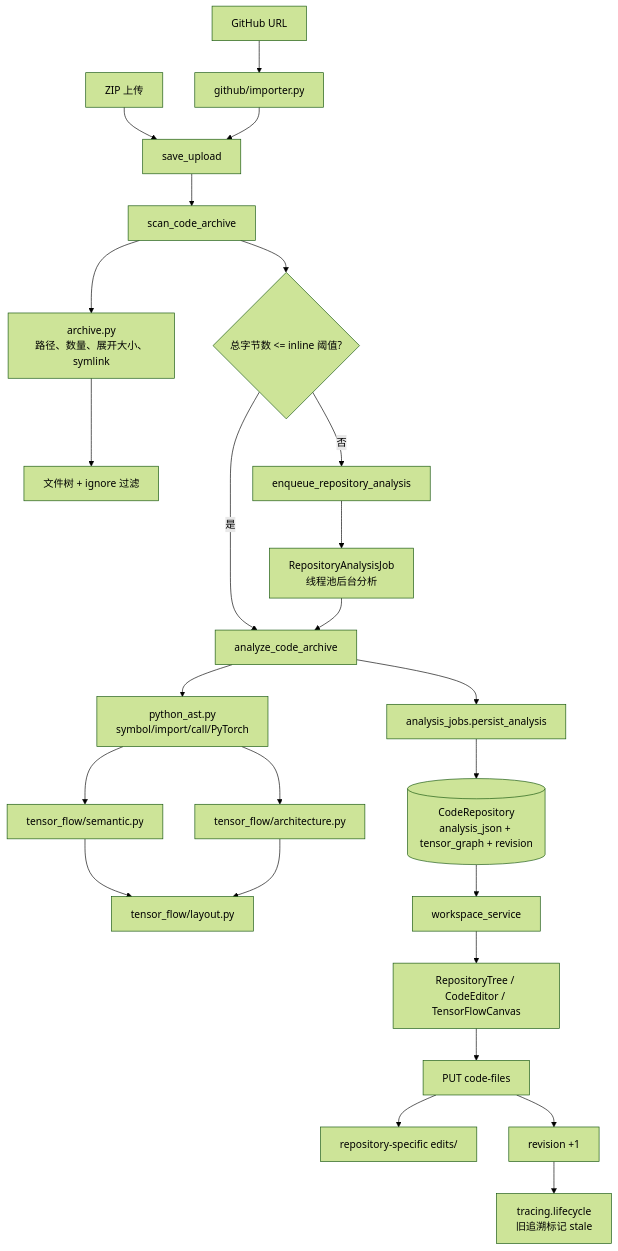
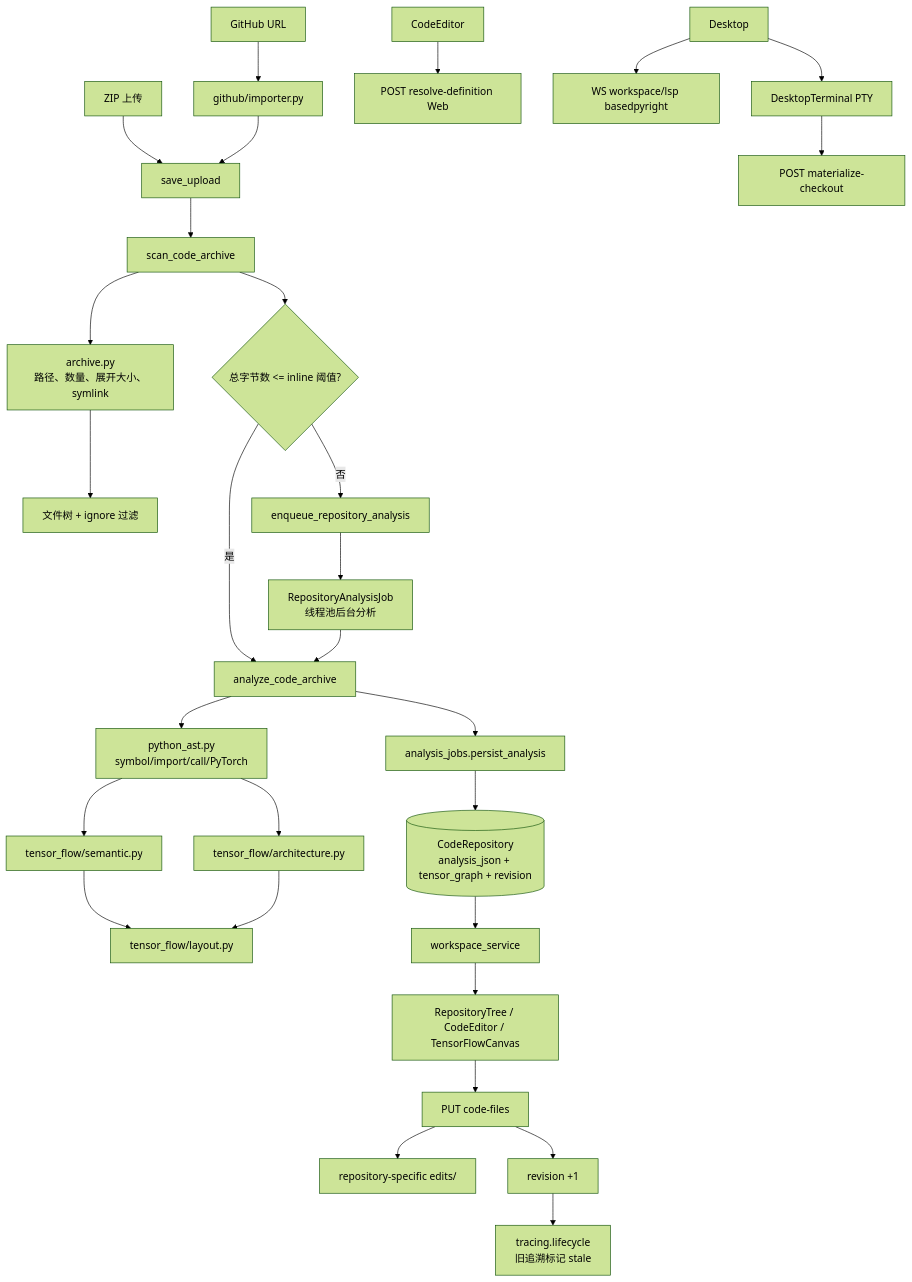
One commit to 1JI0O/SE26Project-15 changed the fifth of 10 diagrams in docs/architecture.md. Above: the diagram before and after it, drawn with Mermaid (forest theme). The commit also changed other lines of this file and 27 other files, not shown here.

Commit message:
Add terminal and LSP. (Iteration 3)

````diff
--- a/docs/architecture.md
+++ b/docs/architecture.md
@@ -329,27 +334,31 @@
 ```mermaid
 flowchart TD
   Upload[ZIP 上传] --> Store[save_upload]
   GitHubURL[GitHub URL] --> Importer[github/importer.py]
   Importer --> Store
   Store --> Scan[scan_code_archive]
   Scan --> Safety[archive.py\n路径、数量、展开大小、symlink]
   Safety --> Tree[文件树 + ignore 过滤]
   Scan --> Decision{总字节数 <= inline 阈值?}
   Decision -->|是| Analyze[analyze_code_archive]
   Decision -->|否| Queue[enqueue_repository_analysis]
   Queue --> Job[RepositoryAnalysisJob\n线程池后台分析]
   Job --> Analyze
   Analyze --> AST[python_ast.py\nsymbol/import/call/PyTorch]
   AST --> Tensor[tensor_flow/semantic.py]
   AST --> Architecture[tensor_flow/architecture.py]
   Tensor --> Layout[tensor_flow/layout.py]
   Architecture --> Layout
   Analyze --> Persist[analysis_jobs.persist_analysis]
   Persist --> Repo[(CodeRepository\nanalysis_json + tensor_graph + revision)]
   Repo --> Workspace[workspace_service]
   Workspace --> UI[RepositoryTree / CodeEditor / TensorFlowCanvas]
   UI --> Edit[PUT code-files]
+  CodeEditor --> Resolve[POST resolve-definition Web]
+  Desktop --> LSP[WS workspace/lsp basedpyright]
+  Desktop --> Terminal[DesktopTerminal PTY]
+  Terminal --> Checkout[POST materialize-checkout]
   Edit --> Overlay[repository-specific edits/]
   Edit --> Revision[revision +1]
   Revision --> Stale[tracing.lifecycle\n旧追溯标记 stale]
 ```
````
